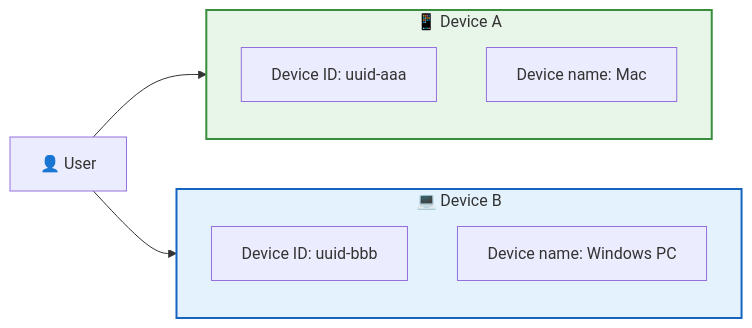
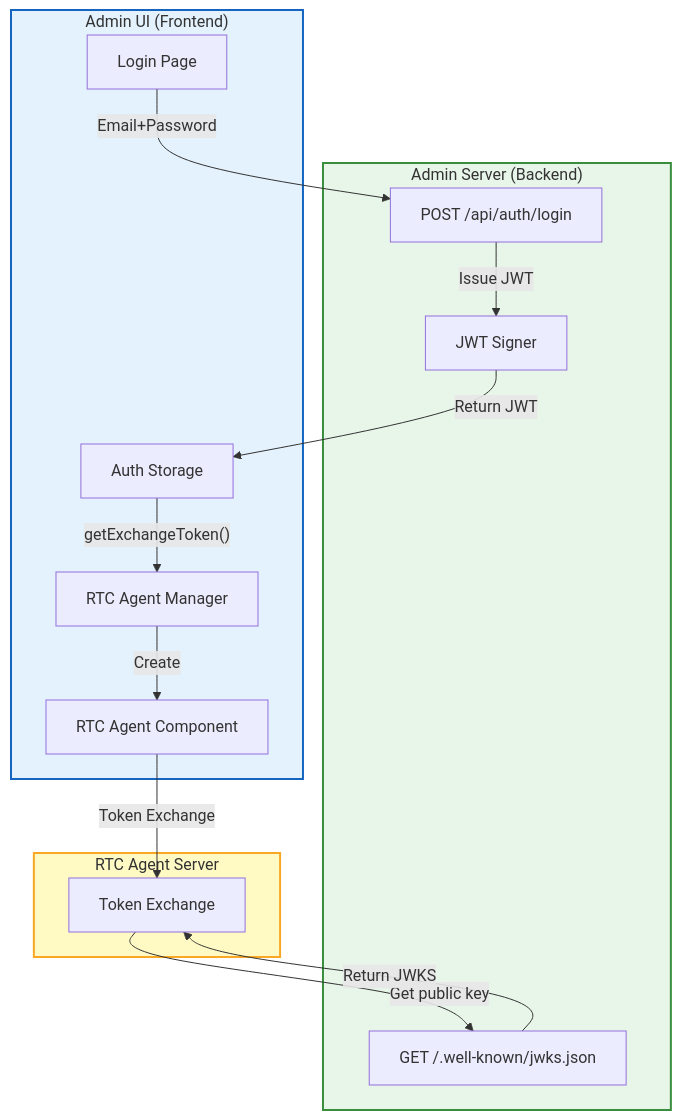
The second of 2 diagrams in src/content/docs/en/integration/auth.md (rtc-agent/docs), drawn with Mermaid before and after one commit. The commit also changed other lines of this file and 7 other files, not shown here.

First line of the commit message:
docs(auth): promote Token Exchange as primary integration approach

````diff
--- a/src/content/docs/en/integration/auth.md
+++ b/src/content/docs/en/integration/auth.md
@@ -155,20 +738,32 @@
 ```mermaid
-flowchart LR
-    subgraph DEVICE1["📱 Device A"]
-        direction TB
-        DA["Device ID: uuid-aaa"]
-        DB["Device name: Mac"]
+flowchart TB
+    subgraph AdminUI["Admin UI (Frontend)"]
+        Login["Login Page"]
+        AuthStore["Auth Storage"]
+        RTCManager["RTC Agent Manager"]
+        RTCComponent["RTC Agent Component"]
     end
-
-    subgraph DEVICE2["💻 Device B"]
-        direction TB
-        DC["Device ID: uuid-bbb"]
-        DD["Device name: Windows PC"]
+    
+    subgraph AdminServer["Admin Server (Backend)"]
+        LoginAPI["POST /api/auth/login"]
+        JWSEndpoint["GET /.well-known/jwks.json"]
+        JWTSigner["JWT Signer"]
     end
-
-    USER["👤 User"] --> DEVICE1
-    USER --> DEVICE2
-
-    style DEVICE1 fill:#e8f5e9,stroke:#388e3c,stroke-width:2px
-    style DEVICE2 fill:#e3f2fd,stroke:#1565c0,stroke-width:2px
+    
+    subgraph RTCServer["RTC Agent Server"]
+        TokenExchange["Token Exchange"]
+    end
+    
+    Login -->|"Email+Password"| LoginAPI
+    LoginAPI -->|"Issue JWT"| JWTSigner
+    JWTSigner -->|"Return JWT"| AuthStore
+    AuthStore -->|"getExchangeToken()"| RTCManager
+    RTCManager -->|"Create"| RTCComponent
+    RTCComponent -->|"Token Exchange"| TokenExchange
+    TokenExchange -->|"Get public key"| JWSEndpoint
+    JWSEndpoint -->|"Return JWKS"| TokenExchange
+    
+    style AdminUI fill:#e3f2fd,stroke:#1565c0,stroke-width:2px
+    style AdminServer fill:#e8f5e9,stroke:#388e3c,stroke-width:2px
+    style RTCServer fill:#fff9c4,stroke:#f9a825,stroke-width:2px
 ```
````
